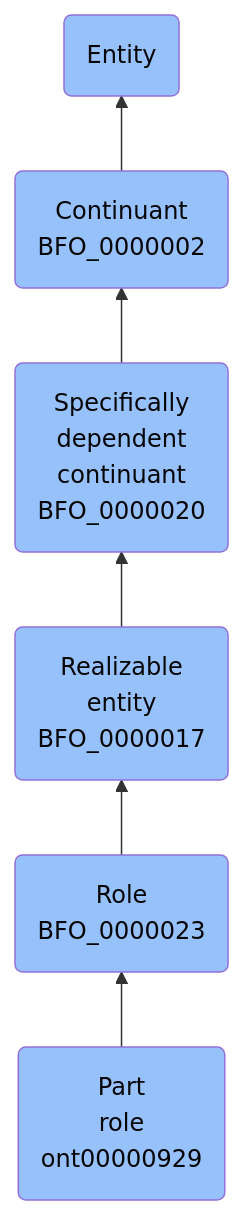
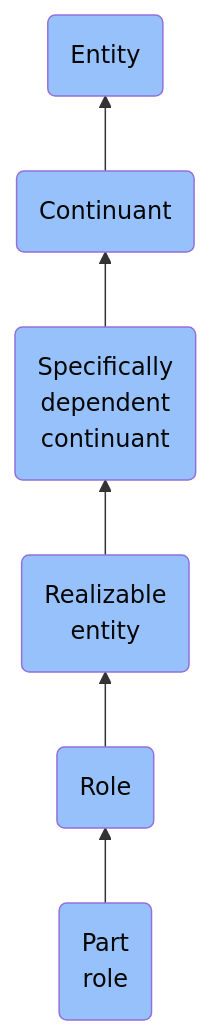
Before and after one commit to jupyter-naas/abi: the diagram in docs/ontology/reference/model/Entity/Continuant/Specifically dependent continuant/Realizable entity/Role/Part role/Part role.md, drawn with Mermaid. The commit also changed other lines of this file and 1430 other files, not shown here.

````diff
--- a/docs/ontology/reference/model/Entity/Continuant/Specifically dependent continuant/Realizable entity/Role/Part role/Part role.md
+++ b/docs/ontology/reference/model/Entity/Continuant/Specifically dependent continuant/Realizable entity/Role/Part role/Part role.md
@@ -24,13 +24,13 @@
 ```mermaid
 graph BT
-    ont00000929(Part<br>role<br>ont00000929):::BFO-->BFO_0000023
-    BFO_0000023(Role<br>BFO_0000023):::BFO-->BFO_0000017
-    BFO_0000017(Realizable<br>entity<br>BFO_0000017):::BFO-->BFO_0000020
-    BFO_0000020(Specifically<br>dependent<br>continuant<br>BFO_0000020):::BFO-->BFO_0000002
-    BFO_0000002(Continuant<br>BFO_0000002):::BFO-->BFO_0000001
+    ont00000929(Part<br>role):::BFO-->BFO_0000023
+    BFO_0000023(Role):::BFO-->BFO_0000017
+    BFO_0000017(Realizable<br>entity):::BFO-->BFO_0000020
+    BFO_0000020(Specifically<br>dependent<br>continuant):::BFO-->BFO_0000002
+    BFO_0000002(Continuant):::BFO-->BFO_0000001
     BFO_0000001(Entity):::BFO
     
     classDef BFO fill:#97c1fb,color:#060606
     classDef CCO fill:#e4c51e,color:#060606
     classDef ABI fill:#48DD82,color:#060606
 ```
````
